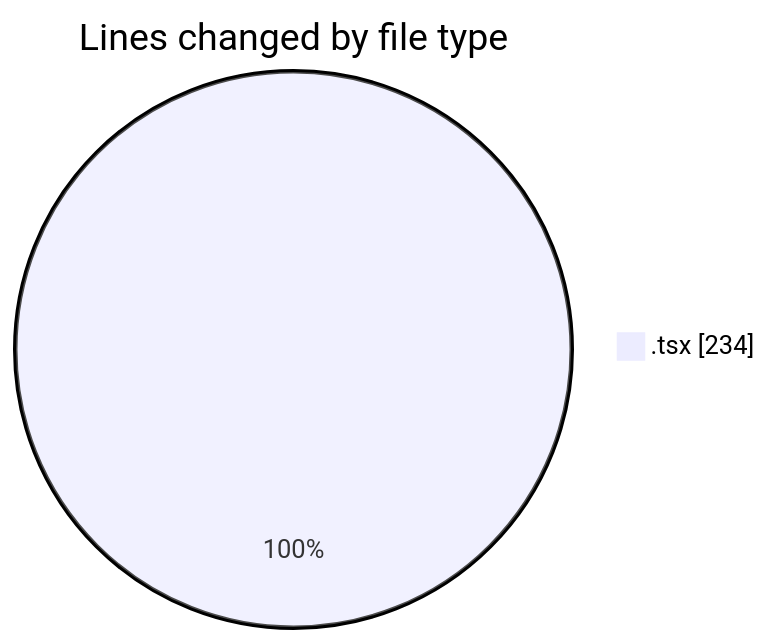
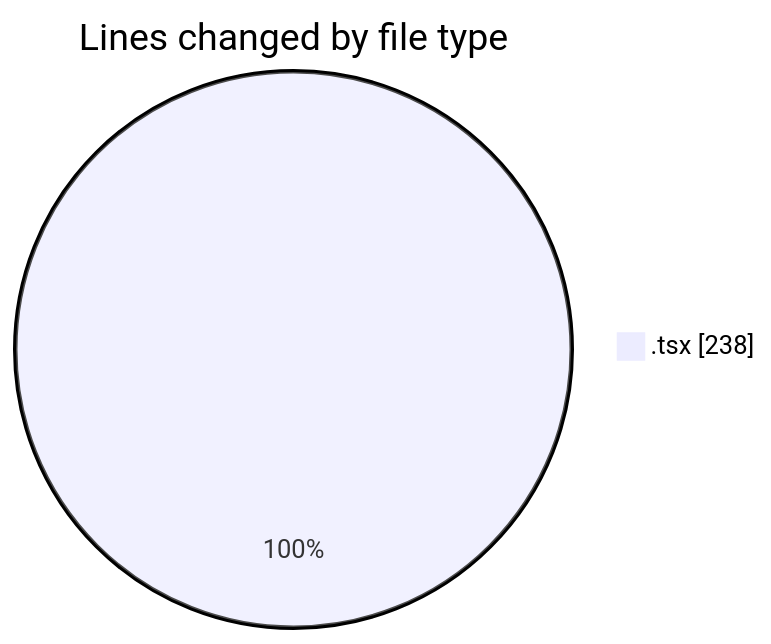
One commit to momahboobian/code-tracking changed the first of 2 diagrams in 2025-06-30/cda/README.md. Above: the diagram before and after it, drawn with Mermaid. The commit also changed other lines of this file and 1 other file, not shown here.

````diff
--- a/2025-06-30/cda/README.md
+++ b/2025-06-30/cda/README.md
@@ -20,5 +20,5 @@
 ```mermaid
 pie showData
 title Lines changed by file type
-".tsx" : 234
+".tsx" : 238
 ```
````
